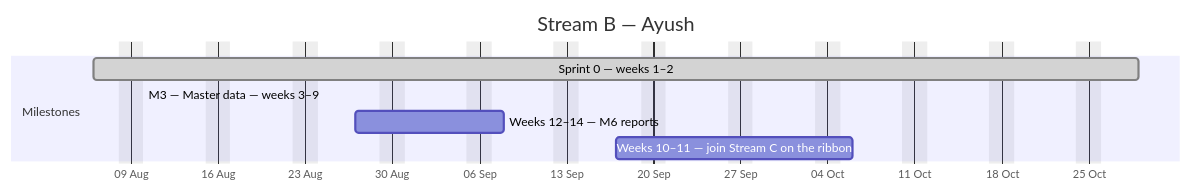
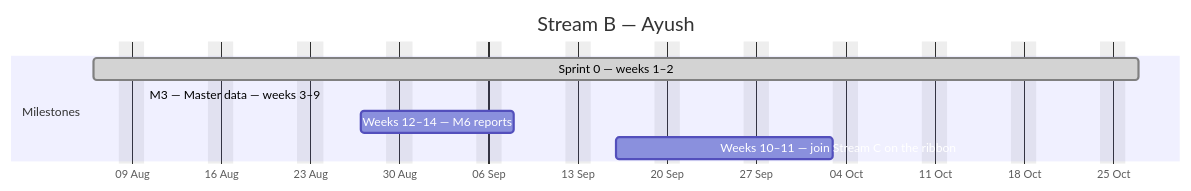
Before and after one commit to debashisedunext/EduTrack: the second of 4 diagrams in docs/plan/GANTT.md, drawn with Mermaid. The commit also changed other lines of this file and 3 other files, not shown here.

````diff
--- a/docs/plan/GANTT.md
+++ b/docs/plan/GANTT.md
@@ -127,12 +125,12 @@
 ```mermaid
 gantt
     dateFormat YYYY-MM-DD
     axisFormat %d %b
     title Stream B — Ayush
     excludes weekends
     section Milestones
-    Sprint 0 — weeks 1–2 :done, b0, 2026-08-06, 60d
-    M3 — Master data — weeks 3–9 :active, b1, 2026-08-10, -21d
+    Sprint 0 — weeks 1–2 :done, b0, 2026-08-06, 58d
+    M3 — Master data — weeks 3–9 :active, b1, 2026-08-10, -20d
     Weeks 12–14 — M6 reports :b2, 2026-08-27, 8d
-    Weeks 10–11 — join Stream C on the ribbon :b3, 2026-09-17, 13d
+    Weeks 10–11 — join Stream C on the ribbon :b3, 2026-09-16, 13d
 ```
````
